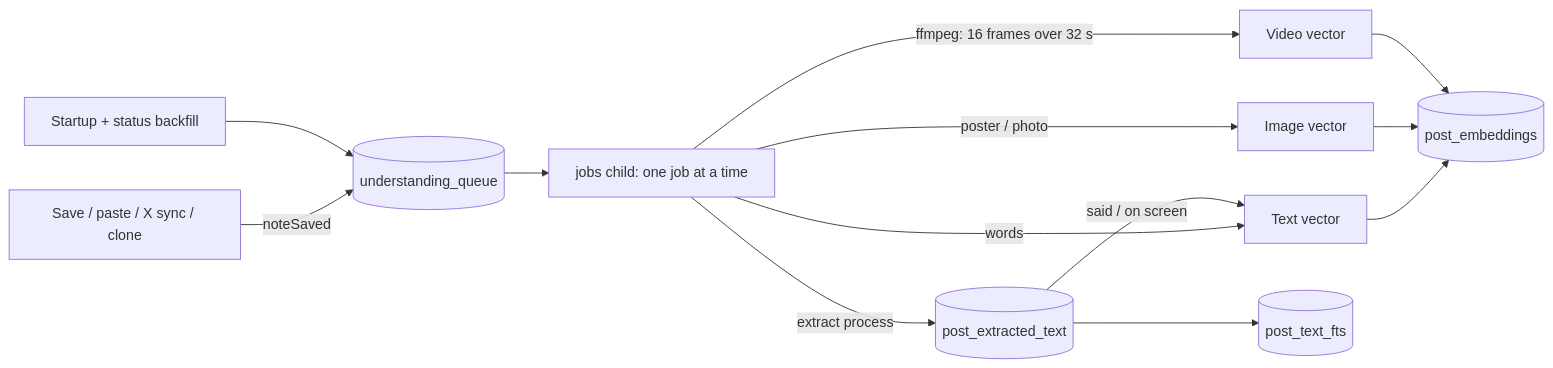
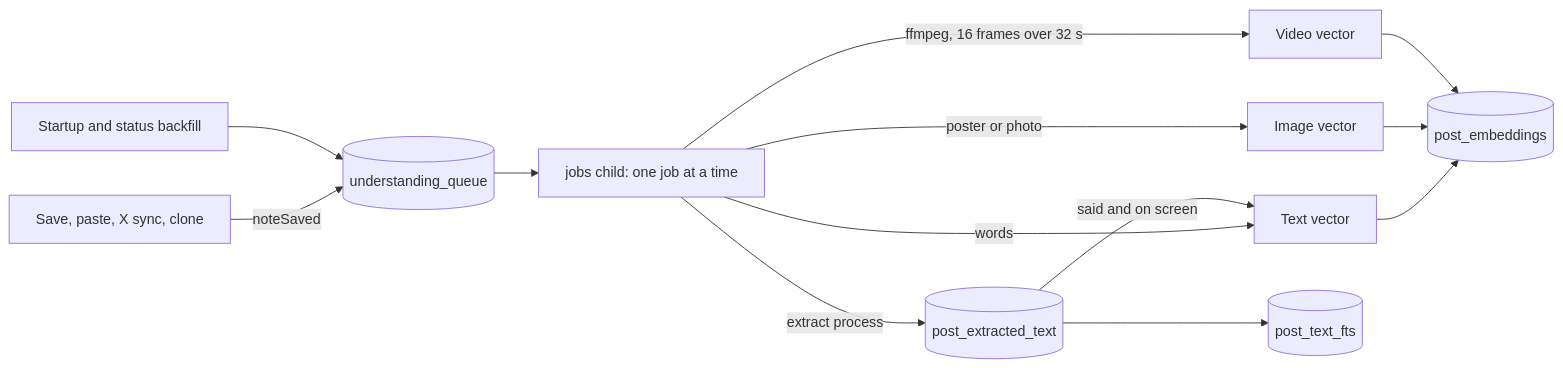
The eighth of 9 diagrams in ARCHITECTURE.md (itsmemeworks/adhx), drawn with Mermaid before and after one commit. The commit also changed other lines of this file and 6 other files, not shown here.

````diff
--- a/ARCHITECTURE.md
+++ b/ARCHITECTURE.md
@@ -380,15 +712,15 @@
 ```mermaid
 flowchart LR
-  S[Save / paste / X sync / clone] -->|noteSaved| Q[(understanding_queue)]
-  B[Startup + status backfill] --> Q
-  Q --> W[jobs child: one job at a time]
-  W -->|words| T[Text vector]
-  W -->|poster / photo| I[Image vector]
-  W -->|ffmpeg: 16 frames over 32 s| V[Video vector]
-  W -->|extract process| X[(post_extracted_text)]
-  X -->|said / on screen| T
-  X --> K[(post_text_fts)]
-  T --> E[(post_embeddings)]
+  S["Save, paste, X sync, clone"] -->|"noteSaved"| Q[("understanding_queue")]
+  B["Startup and status backfill"] --> Q
+  Q --> W["jobs child: one job at a time"]
+  W -->|"words"| T["Text vector"]
+  W -->|"poster or photo"| I["Image vector"]
+  W -->|"ffmpeg, 16 frames over 32 s"| V["Video vector"]
+  W -->|"extract process"| X[("post_extracted_text")]
+  X -->|"said and on screen"| T
+  X --> K[("post_text_fts")]
+  T --> E[("post_embeddings")]
   I --> E
   V --> E
 ```
````
